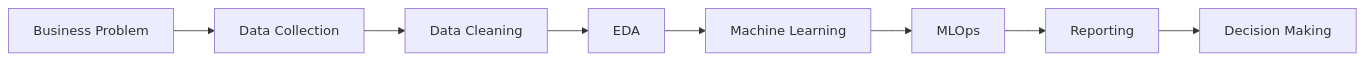
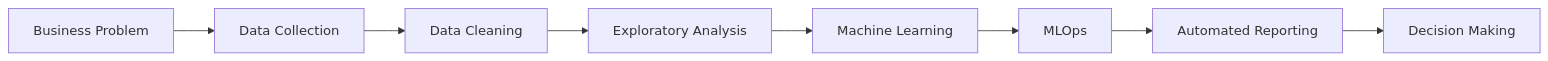
The first of 3 diagrams in README.md (bileisaac/bileisaac), drawn with Mermaid before and after one commit. The commit also changed other lines of this file, not shown here.

````diff
--- a/README.md
+++ b/README.md
@@ -15,19 +35,19 @@
 ```mermaid
 flowchart LR
 A[Business Problem]
 B[Data Collection]
 C[Data Cleaning]
-D[EDA]
+D[Exploratory Analysis]
 E[Machine Learning]
 F[MLOps]
-G[Reporting]
+G[Automated Reporting]
 H[Decision Making]
 
 A --> B
 B --> C
 C --> D
 D --> E
 E --> F
 F --> G
 G --> H
 ```
````
